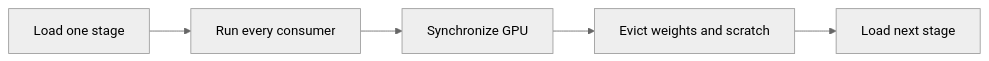
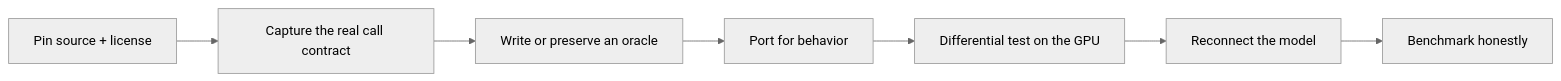
The fourth of 4 diagrams in README.md (BedirT/KernelGoblin), drawn with Mermaid (neutral theme) before and after one commit. The commit also changed other lines of this file and 3 other files, not shown here.

````diff
--- a/README.md
+++ b/README.md
@@ -123,7 +261,9 @@
 ```mermaid
 flowchart LR
-    A["Load one stage"] --> B["Run every consumer"]
-    B --> C["Synchronize GPU"]
-    C --> D["Evict weights and scratch"]
-    D --> E["Load next stage"]
+    A["Pin source + license"] --> B["Capture the real call contract"]
+    B --> C["Write or preserve an oracle"]
+    C --> D["Port for behavior"]
+    D --> E["Differential test on the GPU"]
+    E --> F["Reconnect the model"]
+    F --> G["Benchmark honestly"]
 ```
````
